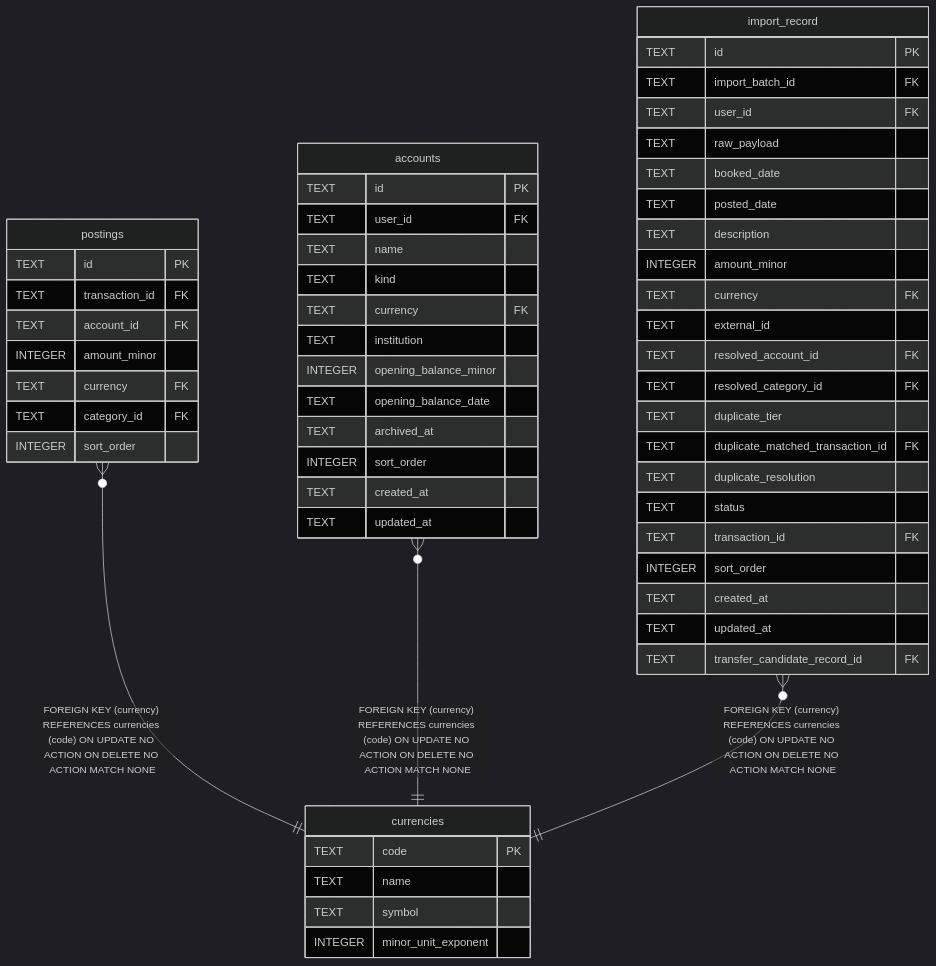
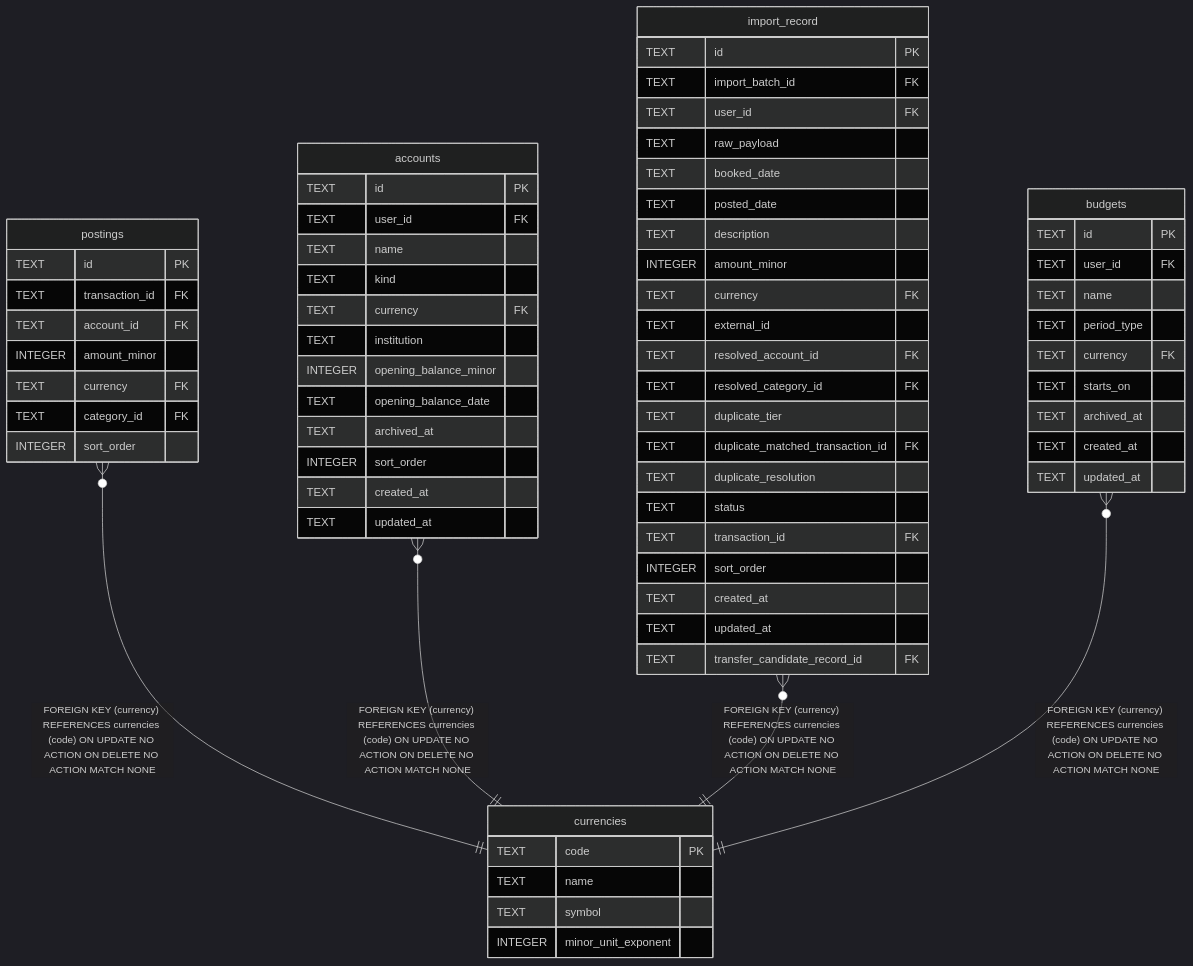
One commit to anirudhgray/bodger changed the diagram in docs/schema/currencies.md. Above: the diagram before and after it, drawn with Mermaid (dark theme). The commit also changed other lines of this file and 17 other files, not shown here.

````diff
--- a/docs/schema/currencies.md
+++ b/docs/schema/currencies.md
@@ -43,60 +43,72 @@
 ```mermaid
 erDiagram
 
 "postings" }o--|| "currencies" : "FOREIGN KEY (currency) REFERENCES currencies (code) ON UPDATE NO ACTION ON DELETE NO ACTION MATCH NONE"
 "accounts" }o--|| "currencies" : "FOREIGN KEY (currency) REFERENCES currencies (code) ON UPDATE NO ACTION ON DELETE NO ACTION MATCH NONE"
 "import_record" }o--|| "currencies" : "FOREIGN KEY (currency) REFERENCES currencies (code) ON UPDATE NO ACTION ON DELETE NO ACTION MATCH NONE"
+"budgets" }o--|| "currencies" : "FOREIGN KEY (currency) REFERENCES currencies (code) ON UPDATE NO ACTION ON DELETE NO ACTION MATCH NONE"
 
 "currencies" {
   TEXT code PK
   TEXT name
   TEXT symbol
   INTEGER minor_unit_exponent
 }
 "postings" {
   TEXT id PK
   TEXT transaction_id FK
   TEXT account_id FK
   INTEGER amount_minor
   TEXT currency FK
   TEXT category_id FK
   INTEGER sort_order
 }
 "accounts" {
   TEXT id PK
   TEXT user_id FK
   TEXT name
   TEXT kind
   TEXT currency FK
   TEXT institution
   INTEGER opening_balance_minor
   TEXT opening_balance_date
   TEXT archived_at
   INTEGER sort_order
   TEXT created_at
   TEXT updated_at
 }
 "import_record" {
   TEXT id PK
   TEXT import_batch_id FK
   TEXT user_id FK
   TEXT raw_payload
   TEXT booked_date
   TEXT posted_date
   TEXT description
   INTEGER amount_minor
   TEXT currency FK
   TEXT external_id
   TEXT resolved_account_id FK
   TEXT resolved_category_id FK
   TEXT duplicate_tier
   TEXT duplicate_matched_transaction_id FK
   TEXT duplicate_resolution
   TEXT status
   TEXT transaction_id FK
   INTEGER sort_order
   TEXT created_at
   TEXT updated_at
   TEXT transfer_candidate_record_id FK
 }
+"budgets" {
+  TEXT id PK
+  TEXT user_id FK
+  TEXT name
+  TEXT period_type
+  TEXT currency FK
+  TEXT starts_on
+  TEXT archived_at
+  TEXT created_at
+  TEXT updated_at
+}
 ```
````
